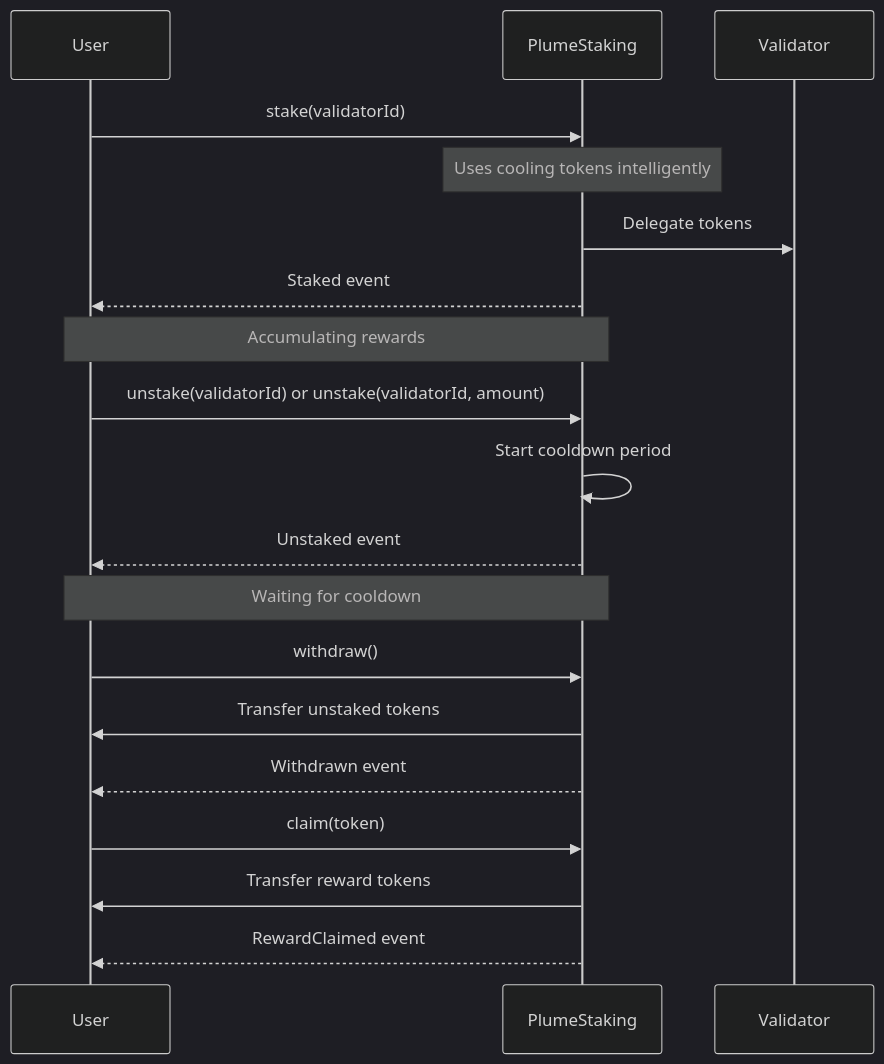
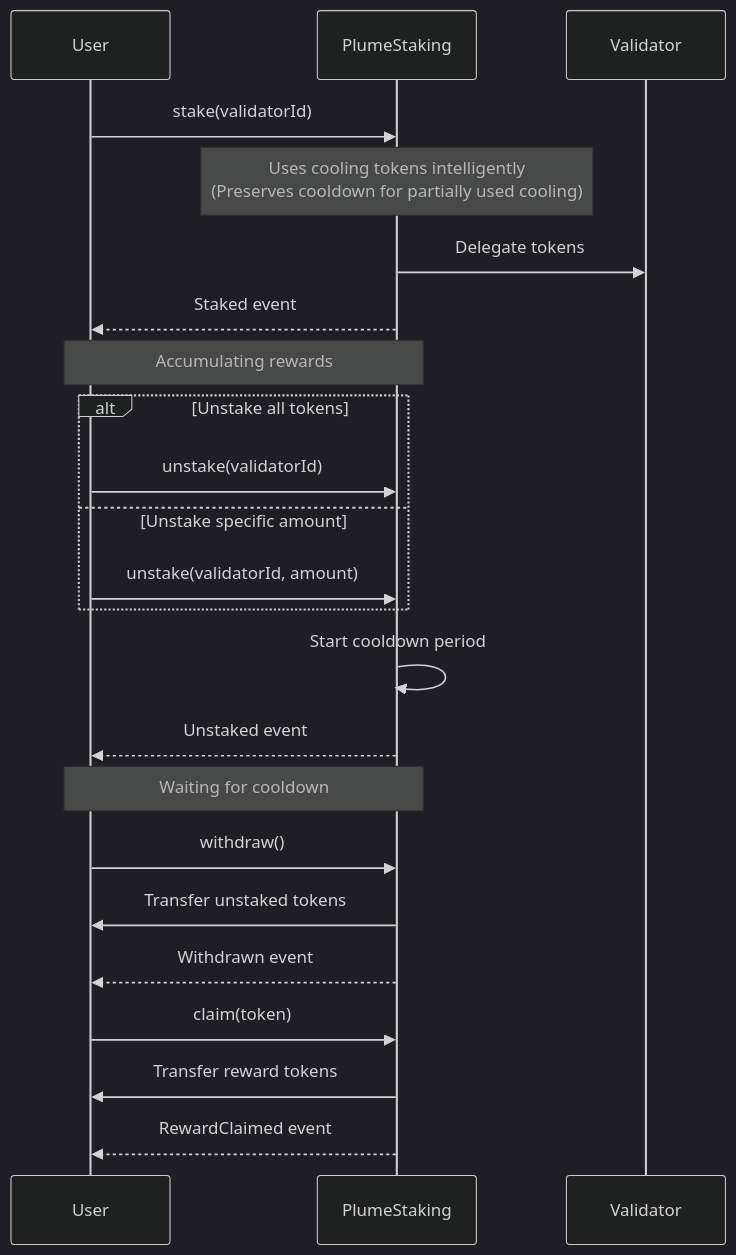
One commit to plumenetwork/contracts changed the second of 2 diagrams in p/README.md. Above: the diagram before and after it, drawn with Mermaid (dark theme). The commit also changed other lines of this file, not shown here.

````diff
--- a/p/README.md
+++ b/p/README.md
@@ -151,27 +153,32 @@
 ```mermaid
 sequenceDiagram
     participant User
     participant PlumeStaking
     participant Validator
     
     User->>PlumeStaking: stake(validatorId)
-    Note over PlumeStaking: Uses cooling tokens intelligently
+    Note over PlumeStaking: Uses cooling tokens intelligently<br>(Preserves cooldown for partially used cooling)
     PlumeStaking->>Validator: Delegate tokens
     PlumeStaking-->>User: Staked event
     
     Note over User,PlumeStaking: Accumulating rewards
     
-    User->>PlumeStaking: unstake(validatorId) or unstake(validatorId, amount)
+    alt Unstake all tokens
+        User->>PlumeStaking: unstake(validatorId)
+    else Unstake specific amount
+        User->>PlumeStaking: unstake(validatorId, amount)
+    end
+    
     PlumeStaking->>PlumeStaking: Start cooldown period
     PlumeStaking-->>User: Unstaked event
     
     Note over User,PlumeStaking: Waiting for cooldown
     
     User->>PlumeStaking: withdraw()
     PlumeStaking->>User: Transfer unstaked tokens
     PlumeStaking-->>User: Withdrawn event
     
     User->>PlumeStaking: claim(token)
     PlumeStaking->>User: Transfer reward tokens
     PlumeStaking-->>User: RewardClaimed event
 ```
````
